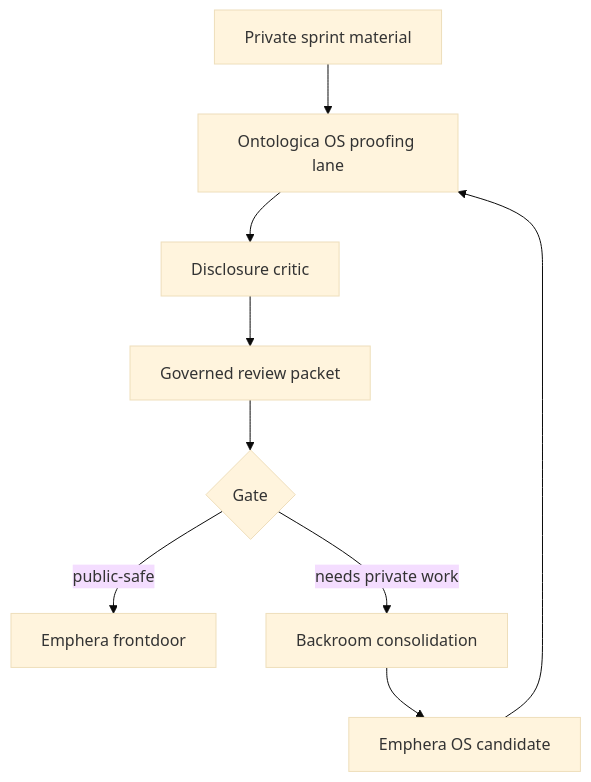
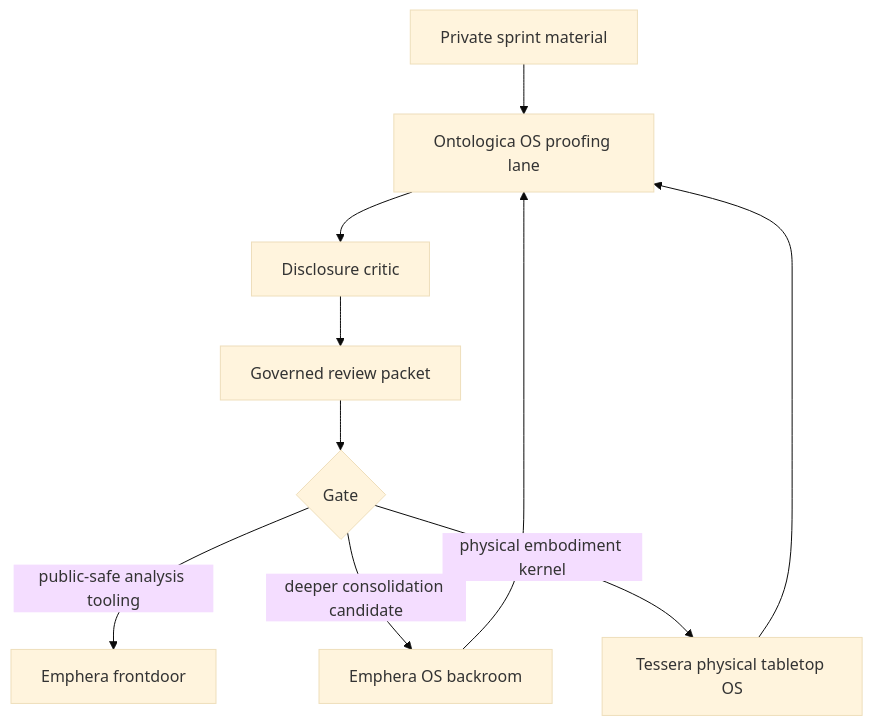
The diagram in docs/frontdoor-backroom-framework.md (tessellariumlabs/ontologica_os), drawn with Mermaid (base theme) before and after one commit. The commit also changed other lines of this file, not shown here.

Commit message:
Expand frontdoor backroom framework with Tessera physical tabletop OS role

````diff
--- a/docs/frontdoor-backroom-framework.md
+++ b/docs/frontdoor-backroom-framework.md
@@ -67,11 +83,12 @@
 ```mermaid
 flowchart TD
     A[Private sprint material] --> B[Ontologica OS proofing lane]
     B --> C[Disclosure critic]
     C --> D[Governed review packet]
     D --> E{Gate}
-    E -- public-safe --> F[Emphera frontdoor]
-    E -- needs private work --> G[Backroom consolidation]
-    G --> H[Emphera OS candidate]
+    E -- public-safe analysis tooling --> F[Emphera frontdoor]
+    E -- deeper consolidation candidate --> G[Emphera OS backroom]
+    E -- physical embodiment kernel --> H[Tessera physical tabletop OS]
+    G --> B
     H --> B
 ```
````
